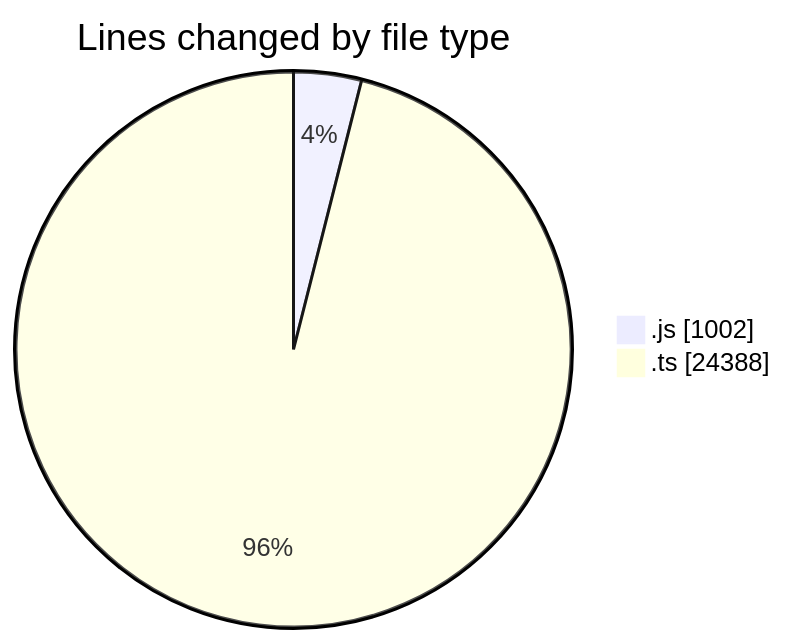
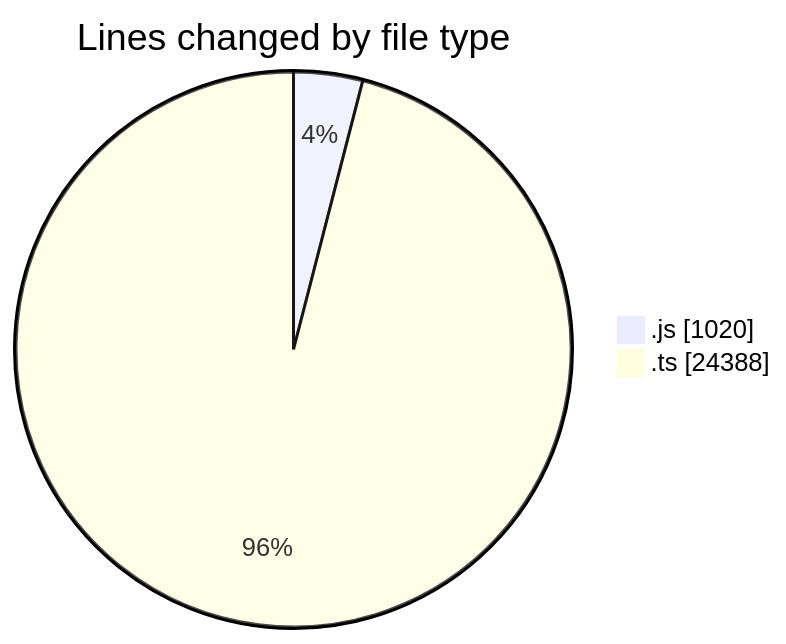
Before and after one commit to momahboobian/code-tracking: the first of 2 diagrams in 2026-01-15/cda/README.md, drawn with Mermaid. The commit also changed other lines of this file and 1 other file, not shown here.

````diff
--- a/2026-01-15/cda/README.md
+++ b/2026-01-15/cda/README.md
@@ -26,6 +26,6 @@
 ```mermaid
 pie showData
 title Lines changed by file type
-".js" : 1002
+".js" : 1020
 ".ts" : 24388
 ```
````
